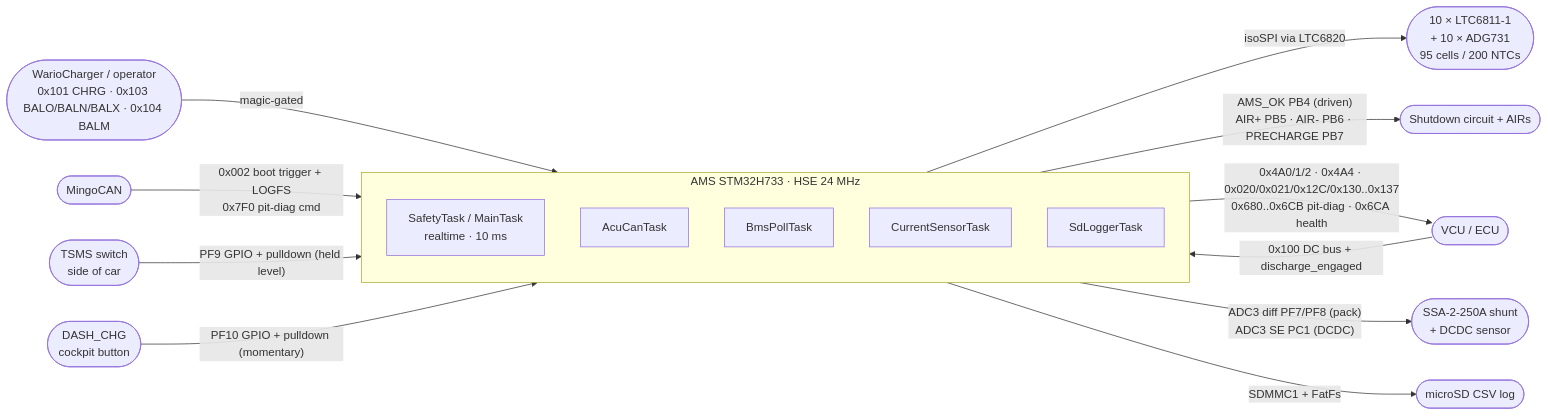
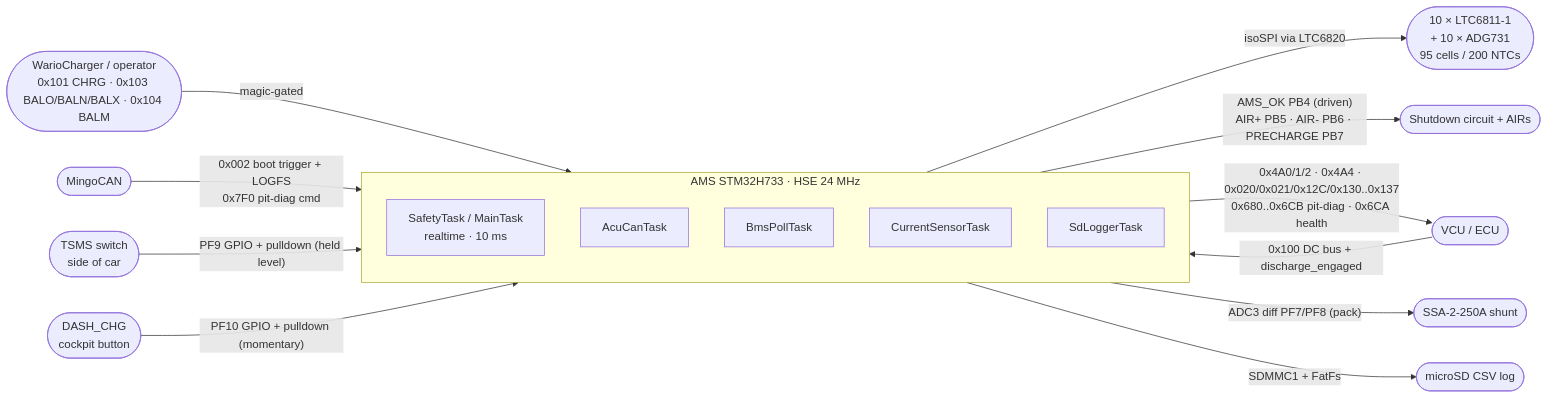
One commit to isc-fs/IFS08-CE-AMS changed the first of 4 diagrams in docs/DEEP_DIVE.md. Above: the diagram before and after it, drawn with Mermaid. The commit also changed other lines of this file and 38 other files, not shown here.

````diff
--- a/docs/DEEP_DIVE.md
+++ b/docs/DEEP_DIVE.md
@@ -39,22 +39,22 @@
 ```mermaid
 flowchart LR
     VCU([VCU / ECU]) -- "0x100 DC bus + discharge_engaged" --> AMS
     OP([WarioCharger / operator<br/>0x101 CHRG · 0x103 BALO/BALN/BALX · 0x104 BALM]) -- "magic-gated" --> AMS
     BENCH([MingoCAN]) -- "0x002 boot trigger + LOGFS<br/>0x7F0 pit-diag cmd" --> AMS
     TSMS([TSMS switch<br/>side of car]) -- "PF9 GPIO + pulldown (held level)" --> AMS
     DASH([DASH_CHG<br/>cockpit button]) -- "PF10 GPIO + pulldown (momentary)" --> AMS
 
     subgraph AMS[AMS STM32H733 · HSE 24 MHz]
       SafetyTask[SafetyTask / MainTask<br/>realtime · 10 ms]
       AcuCanTask
       BmsPollTask
       CurrentSensorTask
       SdLoggerTask
     end
 
     AMS -- "isoSPI via LTC6820" --> Chain([10 × LTC6811-1<br/>+ 10 × ADG731<br/>95 cells / 200 NTCs])
     AMS -- "AMS_OK PB4 (driven)<br/>AIR+ PB5 · AIR- PB6 · PRECHARGE PB7" --> SDC([Shutdown circuit + AIRs])
     AMS -- "0x4A0/1/2 · 0x4A4 · 0x020/0x021/0x12C/0x130..0x137<br/>0x680..0x6CB pit-diag · 0x6CA health" --> VCU
-    AMS -- "ADC3 diff PF7/PF8 (pack)<br/>ADC3 SE PC1 (DCDC)" --> CurrSensor([SSA-2-250A shunt<br/>+ DCDC sensor])
+    AMS -- "ADC3 diff PF7/PF8 (pack)" --> CurrSensor([SSA-2-250A shunt])
     AMS -- "SDMMC1 + FatFs" --> SD([microSD CSV log])
 ```
````
